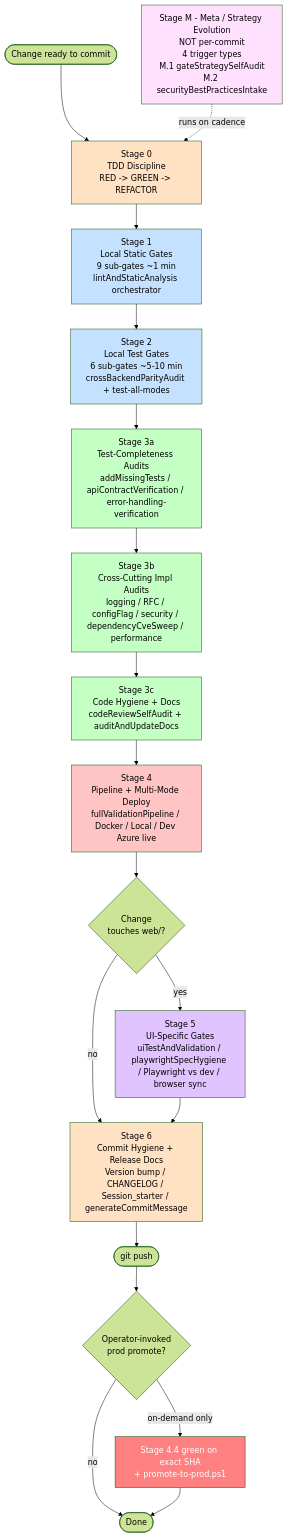
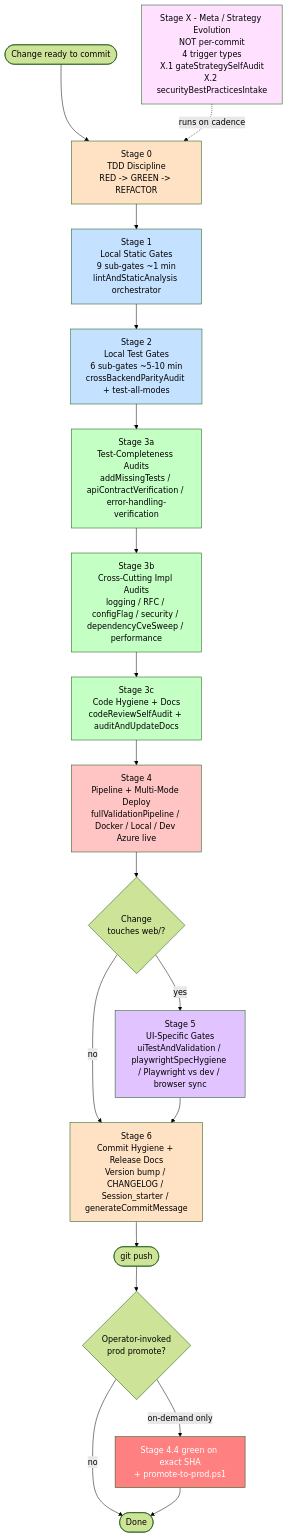
One commit to pranems/SCIMServer changed the first of 5 diagrams in docs/MANDATORY_QUALITY_GATES_STRATEGY.md. Above: the diagram before and after it, drawn with Mermaid (forest theme). The commit also changed other lines of this file and 4 other files, not shown here.

````diff
--- a/docs/MANDATORY_QUALITY_GATES_STRATEGY.md
+++ b/docs/MANDATORY_QUALITY_GATES_STRATEGY.md
@@ -93,42 +93,42 @@
 ```mermaid
 flowchart TD
     Start([Change ready to commit]) --> S0
     S0[Stage 0<br/>TDD Discipline<br/>RED -> GREEN -> REFACTOR]
     S0 --> S1
     S1[Stage 1<br/>Local Static Gates<br/>9 sub-gates ~1 min<br/>lintAndStaticAnalysis orchestrator]
     S1 --> S2
     S2[Stage 2<br/>Local Test Gates<br/>6 sub-gates ~5-10 min<br/>crossBackendParityAudit + test-all-modes]
     S2 --> S3a
     S3a[Stage 3a<br/>Test-Completeness Audits<br/>addMissingTests / apiContractVerification / error-handling-verification]
     S3a --> S3b
     S3b[Stage 3b<br/>Cross-Cutting Impl Audits<br/>logging / RFC / configFlag / security / dependencyCveSweep / performance]
     S3b --> S3c
     S3c[Stage 3c<br/>Code Hygiene + Docs<br/>codeReviewSelfAudit + auditAndUpdateDocs]
     S3c --> S4
     S4[Stage 4<br/>Pipeline + Multi-Mode Deploy<br/>fullValidationPipeline / Docker / Local / Dev Azure live]
     S4 --> S5{Change<br/>touches web/?}
     S5 -->|yes| S5UI[Stage 5<br/>UI-Specific Gates<br/>uiTestAndValidation / playwrightSpecHygiene / Playwright vs dev / browser sync]
     S5 -->|no| S6
     S5UI --> S6
     S6[Stage 6<br/>Commit Hygiene + Release Docs<br/>Version bump / CHANGELOG / Session_starter / generateCommitMessage]
     S6 --> Push([git push])
     Push --> Prod{Operator-invoked<br/>prod promote?}
     Prod -->|on-demand only| ProdGate[Stage 4.4 green on exact SHA<br/>+ promote-to-prod.ps1]
     Prod -->|no| Done([Done])
     ProdGate --> Done
 
-    StageM[Stage M - Meta / Strategy Evolution<br/>NOT per-commit<br/>4 trigger types<br/>M.1 gateStrategySelfAudit<br/>M.2 securityBestPracticesIntake]
+    StageM[Stage X - Meta / Strategy Evolution<br/>NOT per-commit<br/>4 trigger types<br/>X.1 gateStrategySelfAudit<br/>X.2 securityBestPracticesIntake]
     StageM -.runs on cadence.-> S0
 
     style S0 fill:#ffe1c4
     style S1 fill:#c4e1ff
     style S2 fill:#c4e1ff
     style S3a fill:#c4ffc4
     style S3b fill:#c4ffc4
     style S3c fill:#c4ffc4
     style S4 fill:#ffc4c4
     style S5UI fill:#e1c4ff
     style S6 fill:#ffe1c4
     style StageM fill:#ffe1ff
     style ProdGate fill:#ff8080,color:#fff
 ```
````
